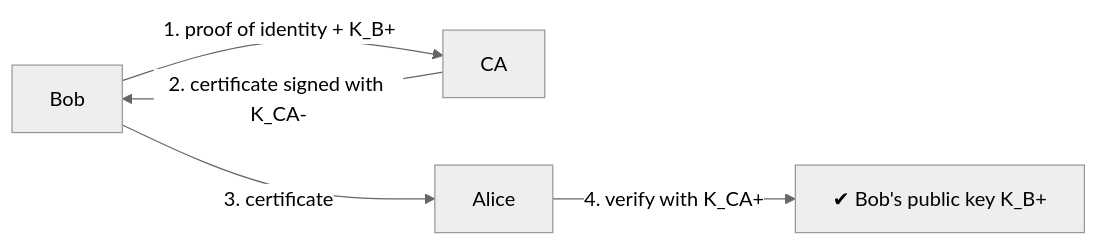
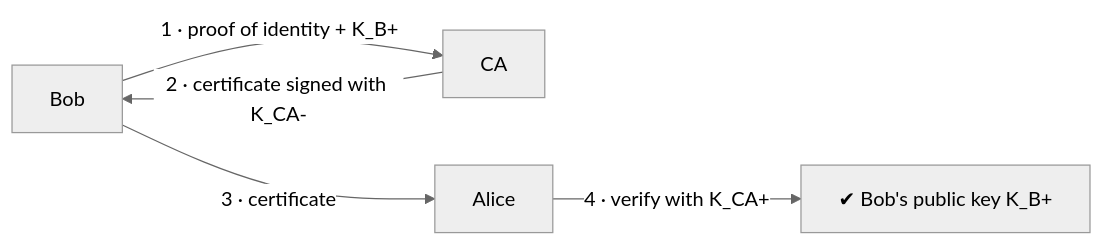
Before and after one commit to Wendri23/course-notes: the first of 2 diagrams in content/reseau/Concepts/Certification Authority.md, drawn with Mermaid (neutral theme). The commit also changed other lines of this file and 119 other files, not shown here.

````diff
--- a/content/reseau/Concepts/Certification Authority.md
+++ b/content/reseau/Concepts/Certification Authority.md
@@ -17,7 +17,7 @@
 ```mermaid
 flowchart LR
-B[Bob] -- "1. proof of identity + K_B+" --> CA[CA]
-CA -- "2. certificate signed with K_CA-" --> B
-B -- "3. certificate" --> A[Alice]
-A -- "4. verify with K_CA+" --> K["✔ Bob's public key K_B+"]
+B[Bob] -- "1 · proof of identity + K_B+" --> CA[CA]
+CA -- "2 · certificate signed with K_CA-" --> B
+B -- "3 · certificate" --> A[Alice]
+A -- "4 · verify with K_CA+" --> K["✔ Bob's public key K_B+"]
 ```
````
